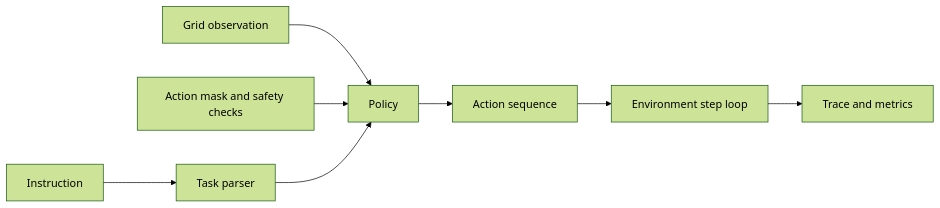
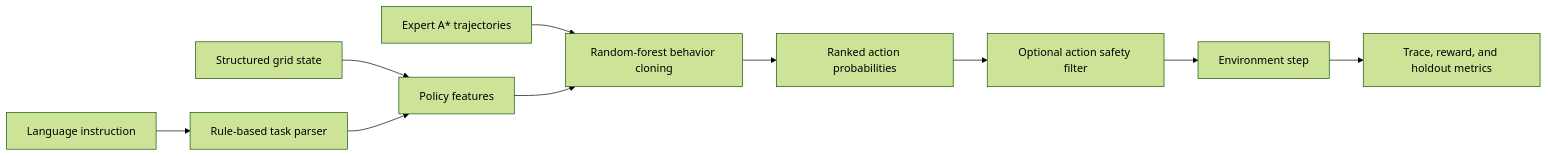
One commit to josiahsutd-stack/ai-portfolio changed the diagram in projects/vla-embodied-agent-simulator/README.md. Above: the diagram before and after it, drawn with Mermaid (forest theme). The commit also changed other lines of this file and 33 other files, not shown here.

````diff
--- a/projects/vla-embodied-agent-simulator/README.md
+++ b/projects/vla-embodied-agent-simulator/README.md
@@ -52,10 +66,12 @@
 ```mermaid
 flowchart LR
-  A["Instruction"] --> B["Task parser"]
-  C["Grid observation"] --> D["Policy"]
-  E["Action mask and safety checks"] --> D
+  A["Language instruction"] --> B["Rule-based task parser"]
+  C["Structured grid state"] --> D["Policy features"]
+  E["Expert A* trajectories"] --> F["Random-forest behavior cloning"]
   B --> D
-  D --> F["Action sequence"]
-  F --> G["Environment step loop"]
-  G --> H["Trace and metrics"]
+  D --> F
+  F --> G["Ranked action probabilities"]
+  G --> H["Optional action safety filter"]
+  H --> I["Environment step"]
+  I --> J["Trace, reward, and holdout metrics"]
 ```
````
